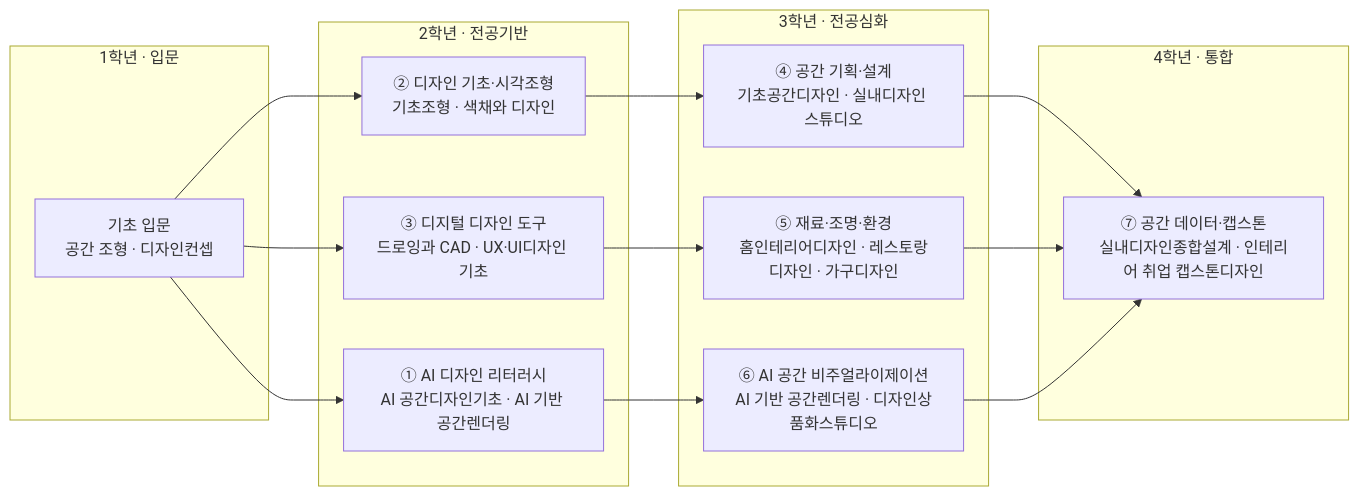
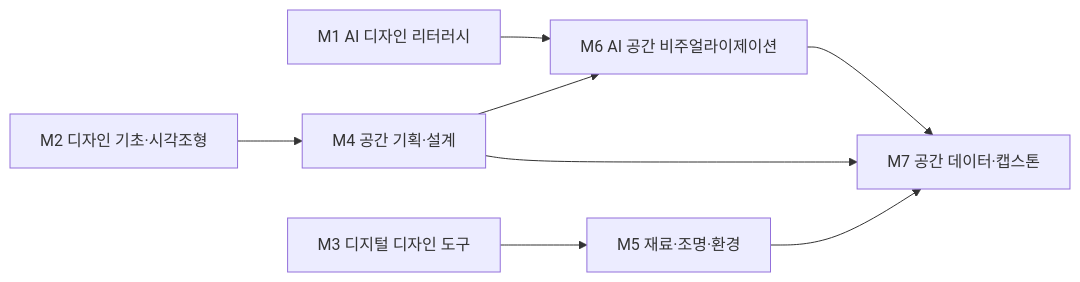
The diagram in docs/design/interior-design.md (parclab-hsu/ai-curriculum-2026), drawn with Mermaid before and after one commit. The commit also changed other lines of this file and 22 other files, not shown here.

````diff
--- a/docs/design/interior-design.md
+++ b/docs/design/interior-design.md
@@ -116,28 +130,10 @@
 ```mermaid
 flowchart LR
-  subgraph Y1["1학년 · 입문"]
-    A0["기초 입문<br/>공간 조형 · 디자인컨셉"]
-  end
-  subgraph Y2["2학년 · 전공기반"]
-    M1["① AI 디자인 리터러시<br/>AI 공간디자인기초 · AI 기반 공간렌더링"]
-    M2["② 디자인 기초·시각조형<br/>기초조형 · 색채와 디자인"]
-    M3["③ 디지털 디자인 도구<br/>드로잉과 CAD · UX·UI디자인 기초"]
-  end
-  subgraph Y3["3학년 · 전공심화"]
-    M4["④ 공간 기획·설계<br/>기초공간디자인 · 실내디자인 스튜디오"]
-    M5["⑤ 재료·조명·환경<br/>홈인테리어디자인 · 레스토랑디자인 · 가구디자인"]
-    M6["⑥ AI 공간 비주얼라이제이션<br/>AI 기반 공간렌더링 · 디자인상품화스튜디오"]
-  end
-  subgraph Y4["4학년 · 통합"]
-    CAP["⑦ 공간 데이터·캡스톤<br/>실내디자인종합설계 · 인테리어 취업 캡스톤디자인"]
-  end
-  A0 --> M1
-  A0 --> M2
-  A0 --> M3
-  M2 --> M4
-  M3 --> M5
-  M1 --> M6
-  M4 --> CAP
+  M1["M1 AI 디자인 리터러시"] --> M6["M6 AI 공간 비주얼라이제이션"]
+  M2["M2 디자인 기초·시각조형"] --> M4["M4 공간 기획·설계"]
+  M3["M3 디지털 디자인 도구"] --> M5["M5 재료·조명·환경"]
+  M4 --> M6
+  M4 --> CAP["M7 공간 데이터·캡스톤"]
   M5 --> CAP
   M6 --> CAP
 ```
````
